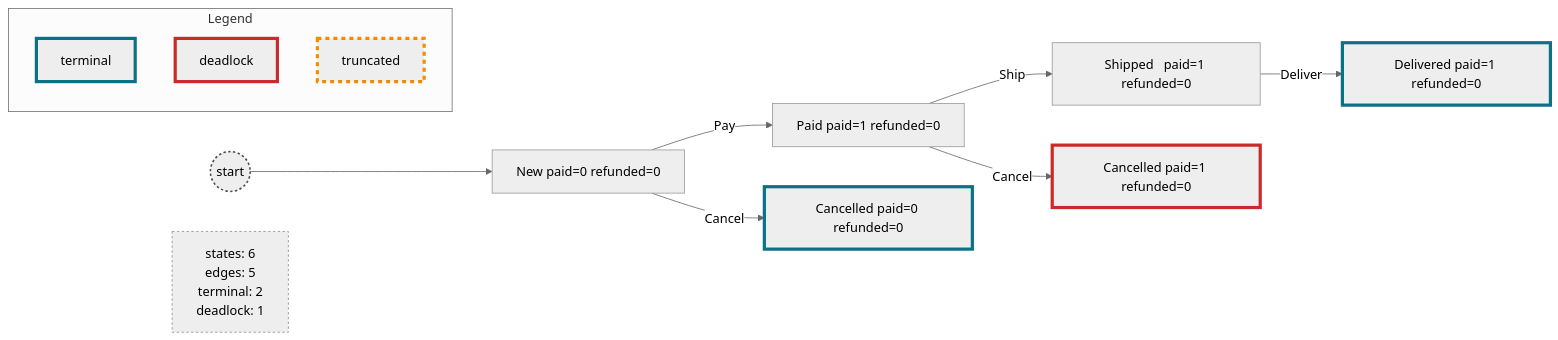
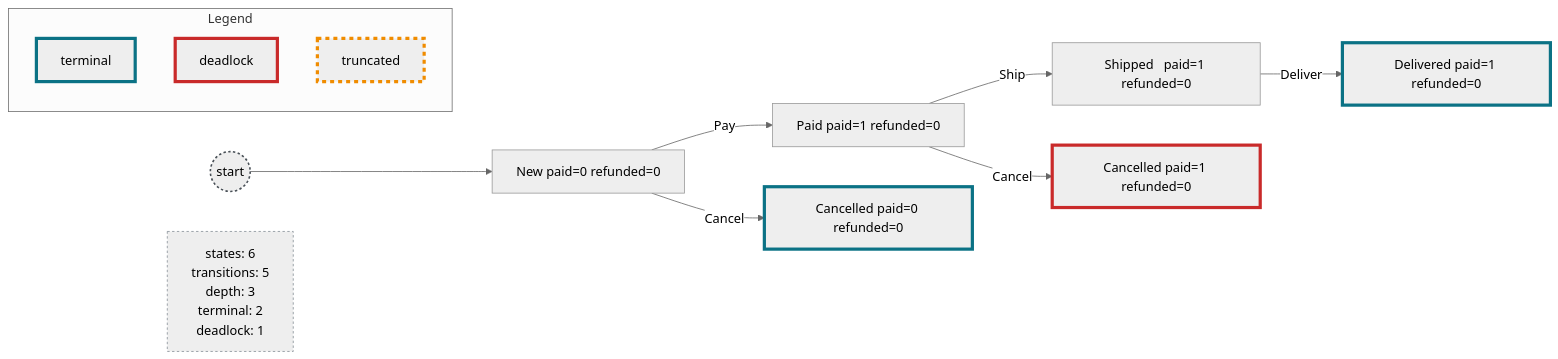
Before and after one commit to AnthonyLloyd/CsCheck: the third of 3 diagrams in docs/Spec.md, drawn with Mermaid (neutral theme). The commit also changed other lines of this file and 58 other files, not shown here.

````diff
--- a/docs/Spec.md
+++ b/docs/Spec.md
@@ -751,35 +842,35 @@
 ```mermaid
 flowchart LR
   classDef initial stroke:#495057,stroke-width:2px,stroke-dasharray: 3 3;
   classDef terminal stroke:#0b7285,stroke-width:4px;
   classDef deadlock stroke:#c92a2a,stroke-width:4px;
   classDef truncated stroke:#f08c00,stroke-width:4px,stroke-dasharray: 5 5;
   classDef note stroke:#868e96,stroke-dasharray: 3 3;
   start((start));
   start --> n0;
   class start initial;
   n0 -->|"Pay"| n1;
   n0 -->|"Cancel"| n2;
   n0["New       paid=0 refunded=0"];
   n1 -->|"Ship"| n3;
   n1 -->|"Cancel"| n4;
   n1["Paid      paid=1 refunded=0"];
   n2["Cancelled paid=0 refunded=0"];
   class n2 terminal;
   n3 -->|"Deliver"| n5;
   n3["Shipped   paid=1 refunded=0"];
   n4["Cancelled paid=1 refunded=0"];
   class n4 deadlock;
   n5["Delivered paid=1 refunded=0"];
   class n5 terminal;
-  info["states: 6<br/>edges: 5<br/>terminal: 2<br/>deadlock: 1"];
+  info["states: 6<br/>transitions: 5<br/>depth: 3<br/>terminal: 2<br/>deadlock: 1"];
   class info note;
   subgraph legend["Legend"]
     legendTerminal["terminal"];
     legendDeadlock["deadlock"];
     legendTruncated["truncated"];
   end
   class legendTerminal terminal;
   class legendDeadlock deadlock;
   class legendTruncated truncated;
 ```
````
